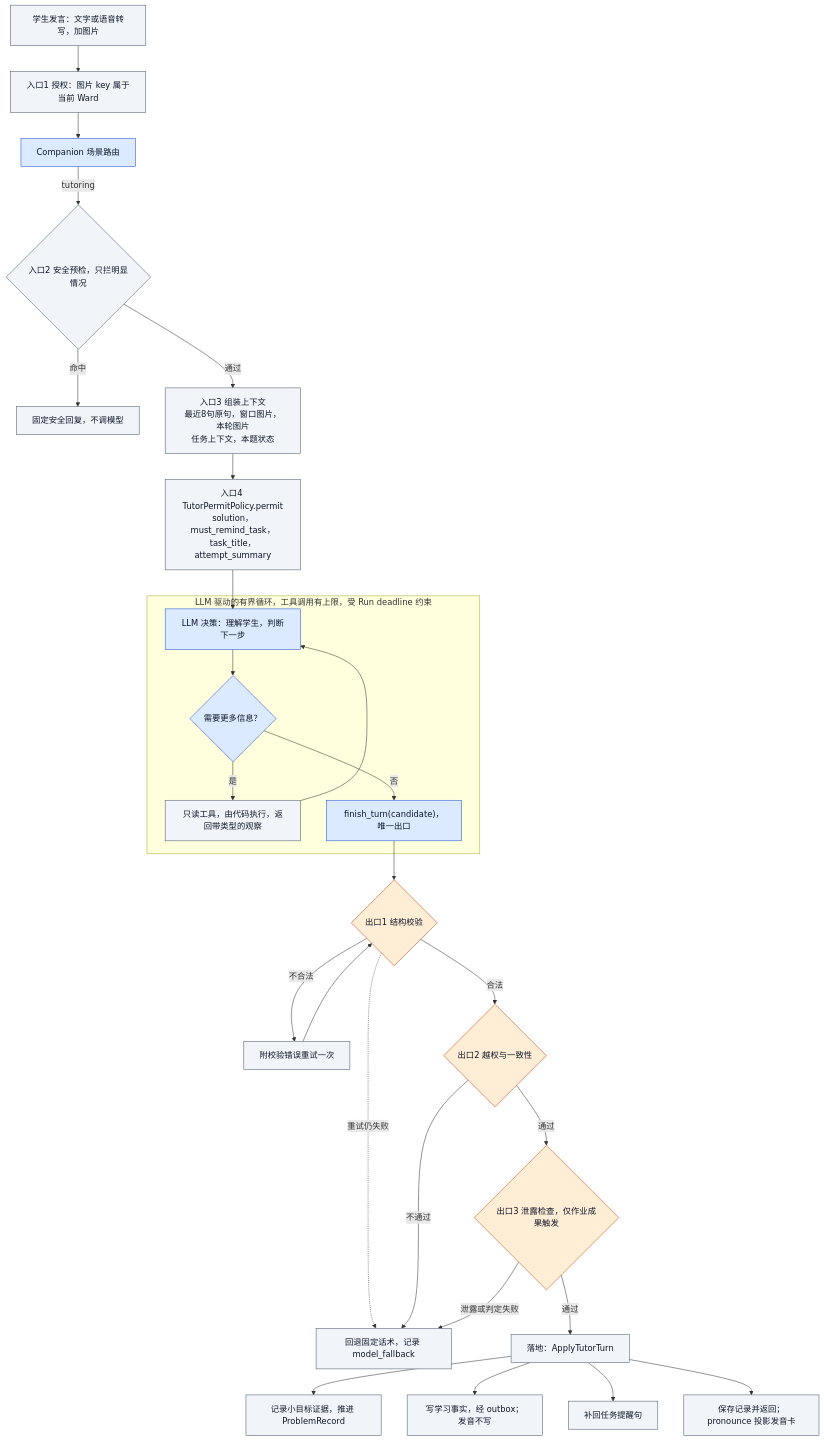
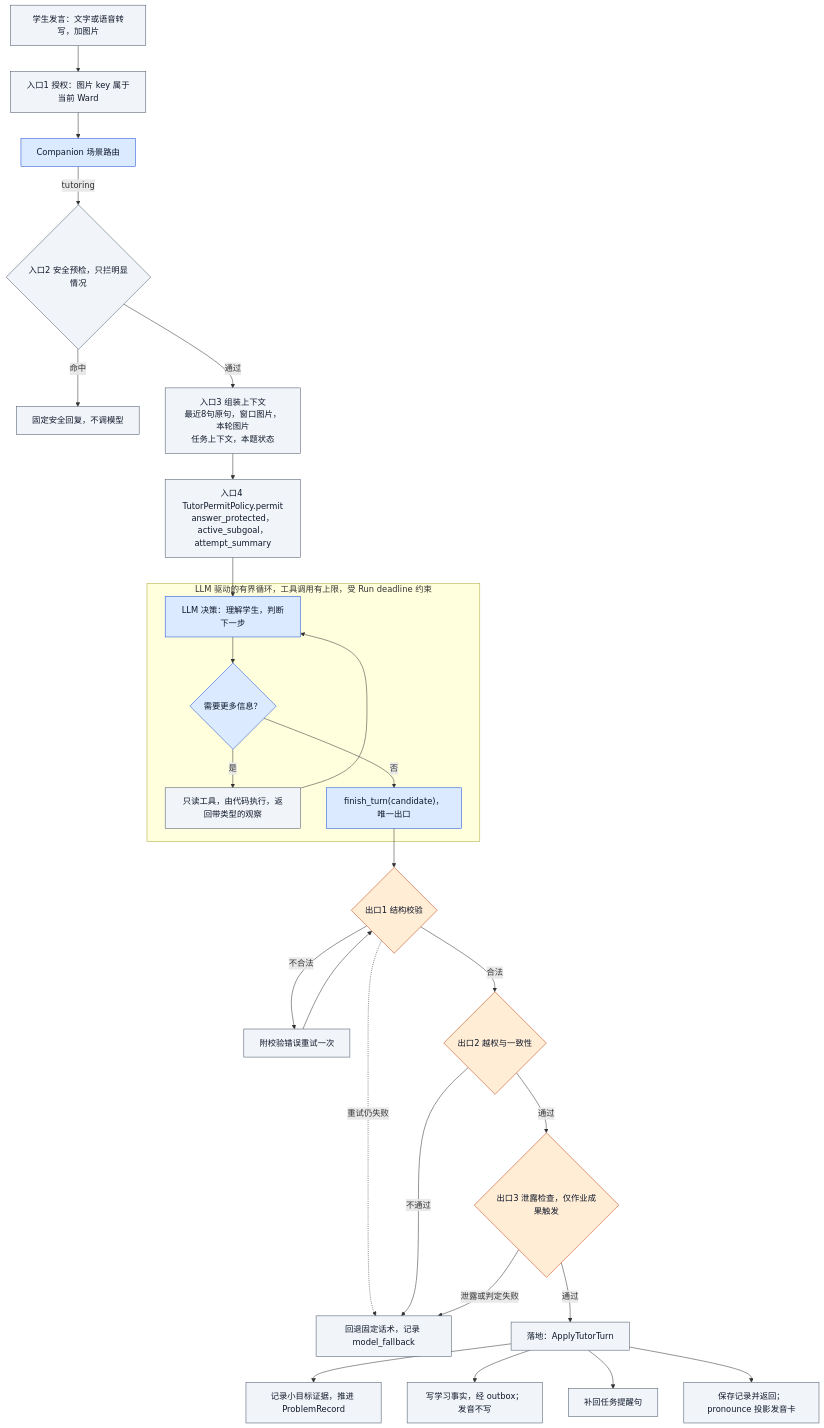
Before and after one commit to johanchow/duxue: the sixth of 7 diagrams in docs/technical/domain-tutoring.md, drawn with Mermaid. The commit also changed other lines of this file and 26 other files, not shown here.

````diff
--- a/docs/technical/domain-tutoring.md
+++ b/docs/technical/domain-tutoring.md
@@ -336,44 +315,44 @@
 ```mermaid
 flowchart TD
     A["学生发言：文字或语音转写，加图片"]:::code
     B["入口1 授权：图片 key 属于当前 Ward"]:::code
     C["Companion 场景路由"]:::llm
     D{"入口2 安全预检，只拦明显情况"}:::code
     D1["固定安全回复，不调模型"]:::code
     E["入口3 组装上下文<br/>最近8句原句，窗口图片，本轮图片<br/>任务上下文，本题状态"]:::code
-    F["入口4 TutorPermitPolicy.permit<br/>solution，must_remind_task，task_title，attempt_summary"]:::code
+    F["入口4 TutorPermitPolicy.permit<br/>answer_protected，active_subgoal，attempt_summary"]:::code
 
     subgraph LOOP["LLM 驱动的有界循环，工具调用有上限，受 Run deadline 约束"]
         G["LLM 决策：理解学生，判断下一步"]:::llm
         H{"需要更多信息？"}:::llm
         T["只读工具，由代码执行，返回带类型的观察"]:::code
         Z["finish_turn(candidate)，唯一出口"]:::llm
         G --> H
         H -->|是| T --> G
         H -->|否| Z
     end
 
     A --> B --> C
     C -->|tutoring| D
     D -->|命中| D1
     D -->|通过| E --> F --> G
 
     Z --> X1{"出口1 结构校验"}:::gate
     X1 -->|不合法| R["附校验错误重试一次"]:::code
     R --> X1
     X1 -->|合法| X2{"出口2 越权与一致性"}:::gate
     X2 -->|通过| X3{"出口3 泄露检查，仅作业成果触发"}:::gate
     X1 -.->|重试仍失败| FB
     X2 -->|不通过| FB["回退固定话术，记录 model_fallback"]:::code
     X3 -->|泄露或判定失败| FB
     X3 -->|通过| P["落地：ApplyTutorTurn"]:::code
 
     P --> P1["记录小目标证据，推进 ProblemRecord"]:::code
     P --> P2["写学习事实，经 outbox；发音不写"]:::code
     P --> P3["补回任务提醒句"]:::code
     P --> P4["保存记录并返回；pronounce 投影发音卡"]:::code
 
     classDef llm fill:#dbeafe,stroke:#1d4ed8,color:#0f172a
     classDef code fill:#f1f5f9,stroke:#475569,color:#0f172a
     classDef gate fill:#ffedd5,stroke:#c2410c,color:#0f172a
 ```
````
